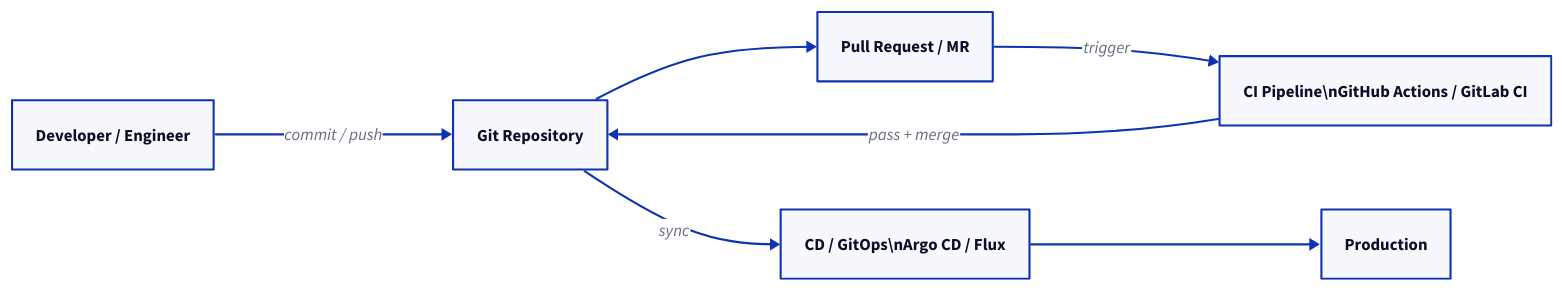
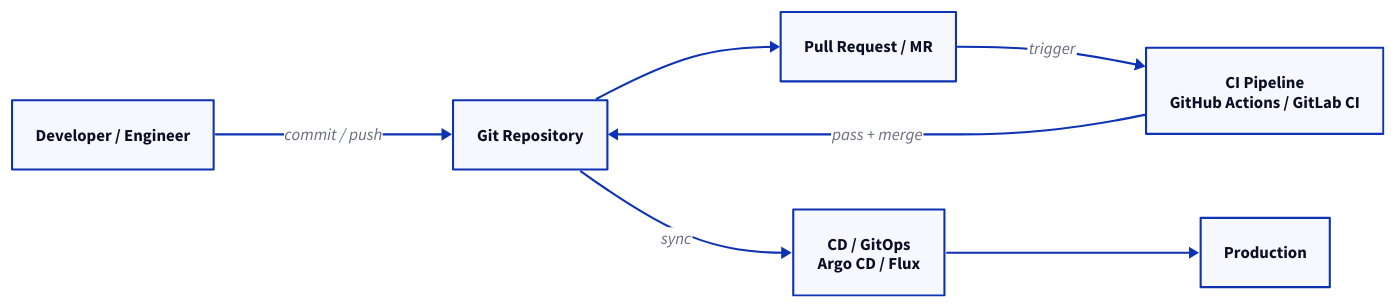
One commit to rebash-rebash/rebash-academy changed the second of 2 diagrams in docs/git/introduction-to-git-and-version-control.md. Above: the diagram before and after it, drawn with D2. The commit also changed other lines of this file and 177 other files, not shown here.

First line of the commit message:
Ship Terraform track, diagram polish, and new brand favicon.

````diff
--- a/docs/git/introduction-to-git-and-version-control.md
+++ b/docs/git/introduction-to-git-and-version-control.md
@@ -184,16 +184,16 @@
 ```d2
 direction: right
 
 DEV: "Developer / Engineer"
     GIT: "Git Repository"
     PR: "Pull Request / MR"
-    CI: "CI Pipeline\\nGitHub Actions / GitLab CI"
-    CD: "CD / GitOps\\nArgo CD / Flux"
+    CI: "CI Pipeline\nGitHub Actions / GitLab CI"
+    CD: "CD / GitOps\nArgo CD / Flux"
     PROD: Production
     DEV -> GIT: "commit / push"
     GIT -> PR
     PR -> CI: trigger
     CI -> GIT: "pass + merge"
     GIT -> CD: sync
     CD -> PROD
 ```
````
